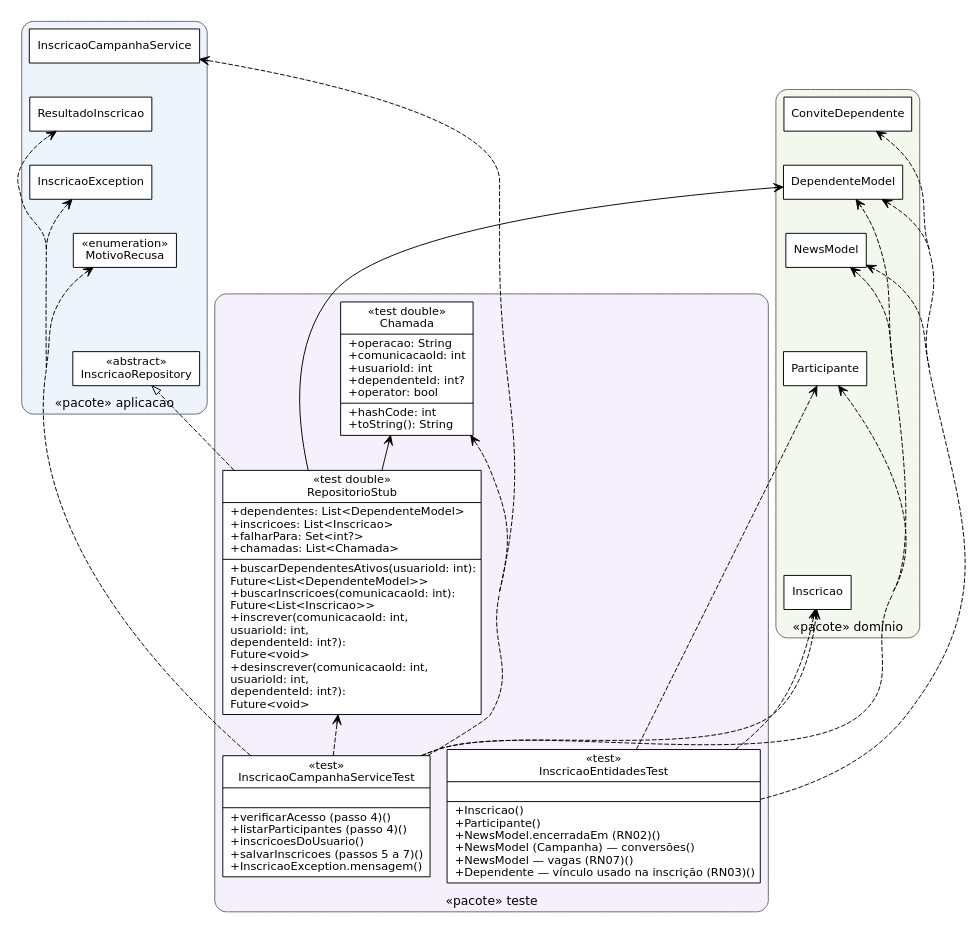
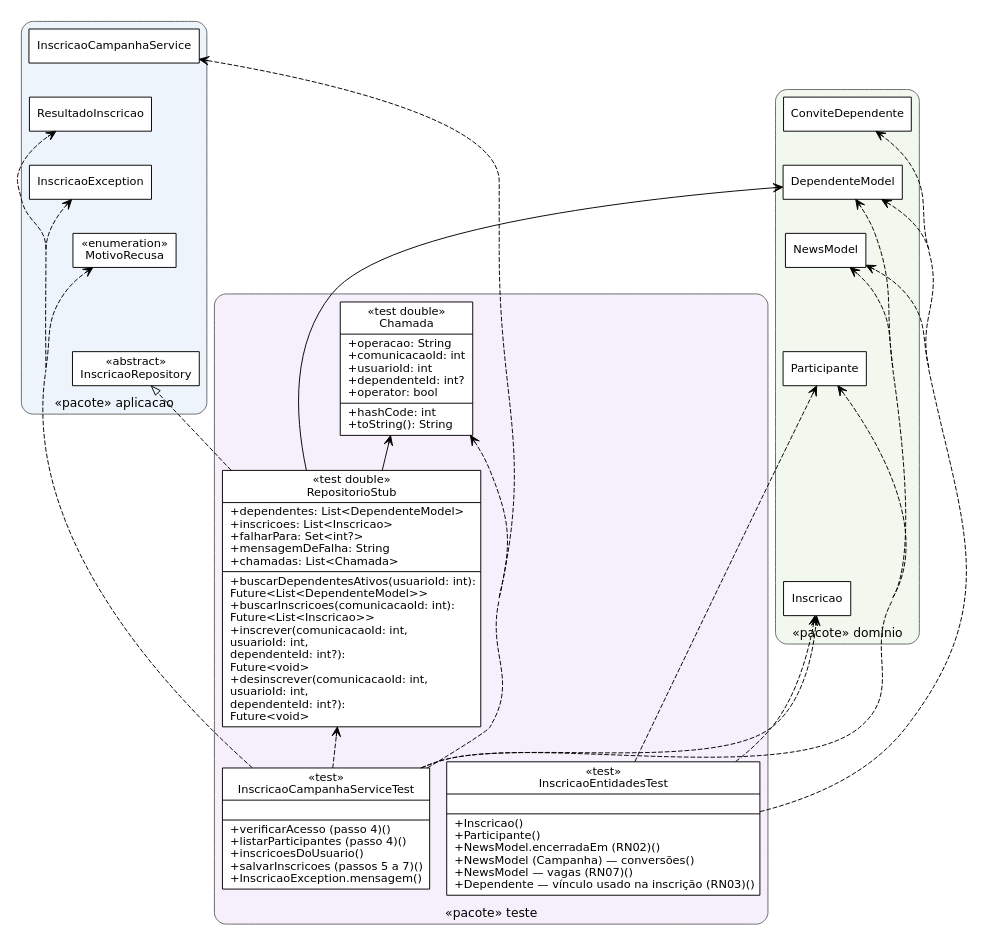
The diagram in qualidade/relatorios/classes-c-teste.dot (Conecta-Vida/Conecta-Vida-Mobile), drawn with Graphviz before and after one commit. The commit also changed 27 other files, not shown here.

```diff
--- a/qualidade/relatorios/classes-c-teste.dot
+++ b/qualidade/relatorios/classes-c-teste.dot
@@ -1,52 +1,52 @@
 digraph classes {
 rankdir=BT; nodesep=0.25; ranksep=0.5; pad=0.1; concentrate=true;
 node [shape=record, fontname="DejaVu Sans", fontsize=12, style=filled, fillcolor="#ffffff"];
 edge [fontname="DejaVu Sans", fontsize=11];
 subgraph cluster_0 { label="«pacote» aplicacao"; style="rounded,filled"; fillcolor="#eef4fb"; color=gray40; fontname="DejaVu Sans"; fontsize=13; labelloc=t;
   InscricaoRepository [shape=box, label="«abstract»\nInscricaoRepository"];
   MotivoRecusa [shape=box, label="«enumeration»\nMotivoRecusa"];
   InscricaoException [shape=box, label="InscricaoException"];
   ResultadoInscricao [shape=box, label="ResultadoInscricao"];
   InscricaoCampanhaService [shape=box, label="InscricaoCampanhaService"];
 }
 subgraph cluster_1 { label="«pacote» dominio"; style="rounded,filled"; fillcolor="#f2f8ee"; color=gray40; fontname="DejaVu Sans"; fontsize=13; labelloc=t;
   Inscricao [shape=box, label="Inscricao"];
   Participante [shape=box, label="Participante"];
   NewsModel [shape=box, label="NewsModel"];
   DependenteModel [shape=box, label="DependenteModel"];
   ConviteDependente [shape=box, label="ConviteDependente"];
 }
 subgraph cluster_2 { label="«pacote» teste"; style="rounded,filled"; fillcolor="#f5f0fb"; color=gray40; fontname="DejaVu Sans"; fontsize=13; labelloc=t;
   Chamada [label="{«test double»\nChamada|+operacao: String\l+comunicacaoId: int\l+usuarioId: int\l+dependenteId: int?\l+operator: bool\l|+hashCode: int\l+toString(): String\l}"];
-  RepositorioStub [label="{«test double»\nRepositorioStub|+dependentes: List&lt;DependenteModel&gt;\l+inscricoes: List&lt;Inscricao&gt;\l+falharPara: Set&lt;int?&gt;\l+chamadas: List&lt;Chamada&gt;\l|+buscarDependentesAtivos(usuarioId: int):\l      Future&lt;List&lt;DependenteModel&gt;&gt;\l+buscarInscricoes(comunicacaoId: int):\l      Future&lt;List&lt;Inscricao&gt;&gt;\l+inscrever(comunicacaoId: int,\l      usuarioId: int,\l      dependenteId: int?):\l      Future&lt;void&gt;\l+desinscrever(comunicacaoId: int,\l      usuarioId: int,\l      dependenteId: int?):\l      Future&lt;void&gt;\l}"];
+  RepositorioStub [label="{«test double»\nRepositorioStub|+dependentes: List&lt;DependenteModel&gt;\l+inscricoes: List&lt;Inscricao&gt;\l+falharPara: Set&lt;int?&gt;\l+mensagemDeFalha: String\l+chamadas: List&lt;Chamada&gt;\l|+buscarDependentesAtivos(usuarioId: int):\l      Future&lt;List&lt;DependenteModel&gt;&gt;\l+buscarInscricoes(comunicacaoId: int):\l      Future&lt;List&lt;Inscricao&gt;&gt;\l+inscrever(comunicacaoId: int,\l      usuarioId: int,\l      dependenteId: int?):\l      Future&lt;void&gt;\l+desinscrever(comunicacaoId: int,\l      usuarioId: int,\l      dependenteId: int?):\l      Future&lt;void&gt;\l}"];
   InscricaoCampanhaServiceTest [label="{«test»\nInscricaoCampanhaServiceTest||+verificarAcesso (passo 4)()\l+listarParticipantes (passo 4)()\l+inscricoesDoUsuario()\l+salvarInscricoes (passos 5 a 7)()\l+InscricaoException.mensagem()\l}"];
   InscricaoEntidadesTest [label="{«test»\nInscricaoEntidadesTest||+Inscricao()\l+Participante()\l+NewsModel.encerradaEm (RN02)()\l+NewsModel (Campanha) — conversões()\l+NewsModel — vagas (RN07)()\l+Dependente — vínculo usado na inscrição (RN03)()\l}"];
 }
   InscricaoRepository -> MotivoRecusa [style=invis];
   MotivoRecusa -> InscricaoException [style=invis];
   InscricaoException -> ResultadoInscricao [style=invis];
   ResultadoInscricao -> InscricaoCampanhaService [style=invis];
   Inscricao -> Participante [style=invis];
   Participante -> NewsModel [style=invis];
   NewsModel -> DependenteModel [style=invis];
   DependenteModel -> ConviteDependente [style=invis];
   InscricaoCampanhaServiceTest -> Chamada [arrowhead=vee, style=dashed];
   InscricaoCampanhaServiceTest -> DependenteModel [arrowhead=vee, style=dashed];
   InscricaoCampanhaServiceTest -> Inscricao [arrowhead=vee, style=dashed];
   InscricaoCampanhaServiceTest -> InscricaoCampanhaService [arrowhead=vee, style=dashed];
   InscricaoCampanhaServiceTest -> InscricaoException [arrowhead=vee, style=dashed];
   InscricaoCampanhaServiceTest -> MotivoRecusa [arrowhead=vee, style=dashed];
   InscricaoCampanhaServiceTest -> NewsModel [arrowhead=vee, style=dashed];
   InscricaoCampanhaServiceTest -> Participante [arrowhead=vee, style=dashed];
   InscricaoCampanhaServiceTest -> RepositorioStub [arrowhead=vee, style=dashed];
   InscricaoCampanhaServiceTest -> ResultadoInscricao [arrowhead=vee, style=dashed];
   InscricaoEntidadesTest -> ConviteDependente [arrowhead=vee, style=dashed];
   InscricaoEntidadesTest -> DependenteModel [arrowhead=vee, style=dashed];
   InscricaoEntidadesTest -> Inscricao [arrowhead=vee, style=dashed];
   InscricaoEntidadesTest -> NewsModel [arrowhead=vee, style=dashed];
   InscricaoEntidadesTest -> Participante [arrowhead=vee, style=dashed];
   RepositorioStub -> Chamada [arrowhead=vee];
   RepositorioStub -> DependenteModel [arrowhead=vee];
   RepositorioStub -> Inscricao [arrowhead=vee];
   RepositorioStub -> InscricaoRepository [arrowhead=empty, style=dashed];
 }
```
